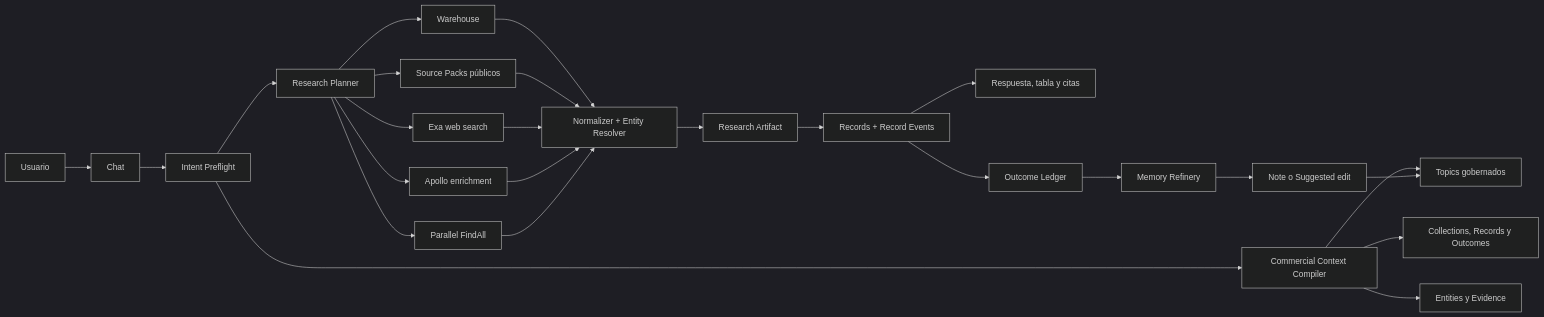
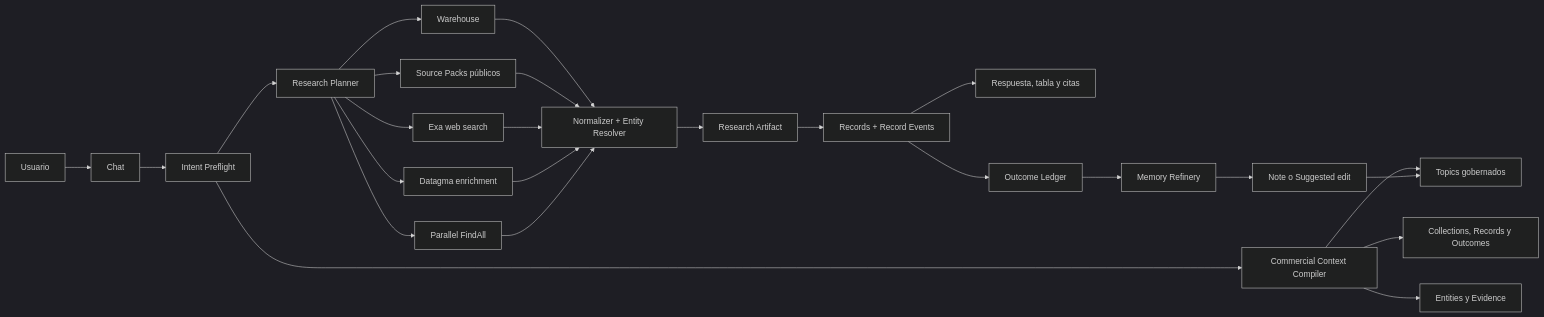
One commit to joseluistello/docs changed the diagram in architecture/commercial-intelligence-chat-plan.md. Above: the diagram before and after it, drawn with Mermaid (dark theme). The commit also changed other lines of this file and 104 other files, not shown here.

````diff
--- a/architecture/commercial-intelligence-chat-plan.md
+++ b/architecture/commercial-intelligence-chat-plan.md
@@ -177,27 +177,27 @@
 ```mermaid
 flowchart LR
   U[Usuario] --> C[Chat]
   C --> PF[Intent Preflight]
   PF --> CC[Commercial Context Compiler]
   CC --> T[Topics gobernados]
   CC --> O[Collections, Records y Outcomes]
   CC --> E[Entities y Evidence]
   PF --> RP[Research Planner]
   RP --> W[Warehouse]
   RP --> SP[Source Packs públicos]
   RP --> X[Exa web search]
-  RP --> A[Apollo enrichment]
+  RP --> A[Datagma enrichment]
   RP --> P[Parallel FindAll]
   W --> N[Normalizer + Entity Resolver]
   SP --> N
   X --> N
   A --> N
   P --> N
   N --> RA[Research Artifact]
   RA --> R[Records + Record Events]
   R --> UI[Respuesta, tabla y citas]
   R --> OL[Outcome Ledger]
   OL --> MR[Memory Refinery]
   MR --> Q[Note o Suggested edit]
   Q --> T
 ```
````
